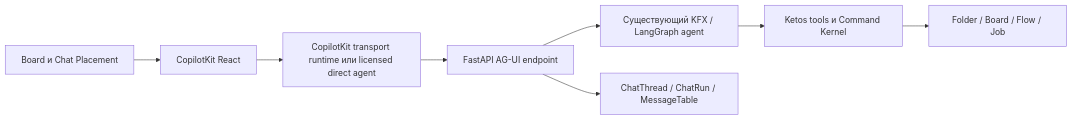
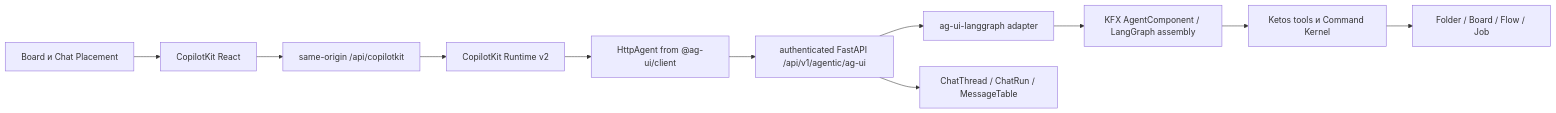
Before and after one commit to factor241/Ketos: the diagram in 14_KETOS_FINAL_MASTER_IMPLEMENTATION_PLAN.md, drawn with Mermaid. The commit also changed other lines of this file and 41 other files, not shown here.

````diff
--- a/14_KETOS_FINAL_MASTER_IMPLEMENTATION_PLAN.md
+++ b/14_KETOS_FINAL_MASTER_IMPLEMENTATION_PLAN.md
@@ -53,10 +54,13 @@
 ```mermaid
 flowchart LR
     B["Board и Chat Placement"] --> C["CopilotKit React"]
-    C --> R["CopilotKit transport runtime или licensed direct agent"]
-    R --> A["FastAPI AG-UI endpoint"]
-    A --> L["Существующий KFX / LangGraph agent"]
+    C --> R["same-origin /api/copilotkit"]
+    R --> V["CopilotKit Runtime v2"]
+    V --> H["HttpAgent from @ag-ui/client"]
+    H --> A["authenticated FastAPI /api/v1/agentic/ag-ui"]
+    A --> G["ag-ui-langgraph adapter"]
+    G --> L["KFX AgentComponent / LangGraph assembly"]
     L --> K["Ketos tools и Command Kernel"]
     K --> D["Folder / Board / Flow / Job"]
     A --> P["ChatThread / ChatRun / MessageTable"]
 ```
````
